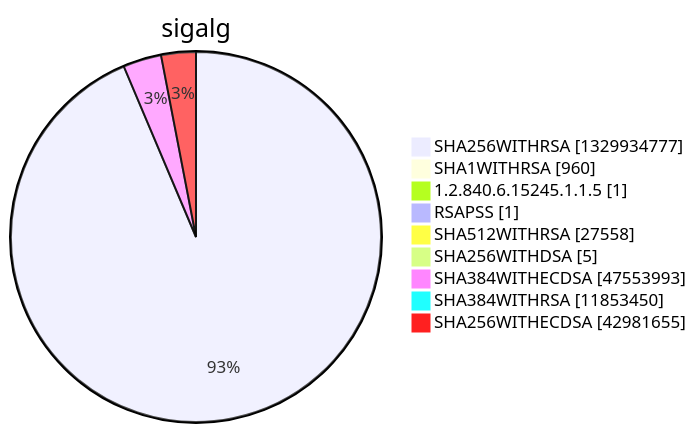
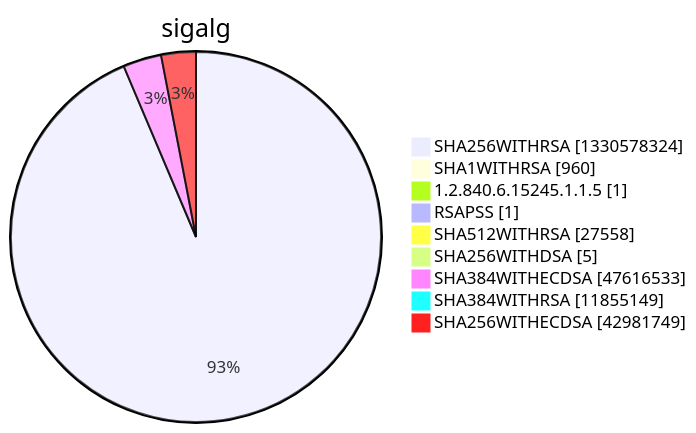
One commit to christiankrug/ctmonitor_visualization changed diagram 15 of 15 in argon2022/README.md. Above: the diagram before and after it, drawn with Mermaid. The commit also changed other lines of this file, not shown here.

````diff
--- a/argon2022/README.md
+++ b/argon2022/README.md
@@ -5524,13 +5524,13 @@
 ```mermaid
 pie showData
 title sigalg
-"SHA256WITHRSA" :1329934777
+"SHA256WITHRSA" :1330578324
 "SHA1WITHRSA" :960
 "1.2.840.6.15245.1.1.5" :1
 "RSAPSS" :1
 "SHA512WITHRSA" :27558
 "SHA256WITHDSA" :5
-"SHA384WITHECDSA" :47553993
-"SHA384WITHRSA" :11853450
-"SHA256WITHECDSA" :42981655
+"SHA384WITHECDSA" :47616533
+"SHA384WITHRSA" :11855149
+"SHA256WITHECDSA" :42981749
 ```
````
